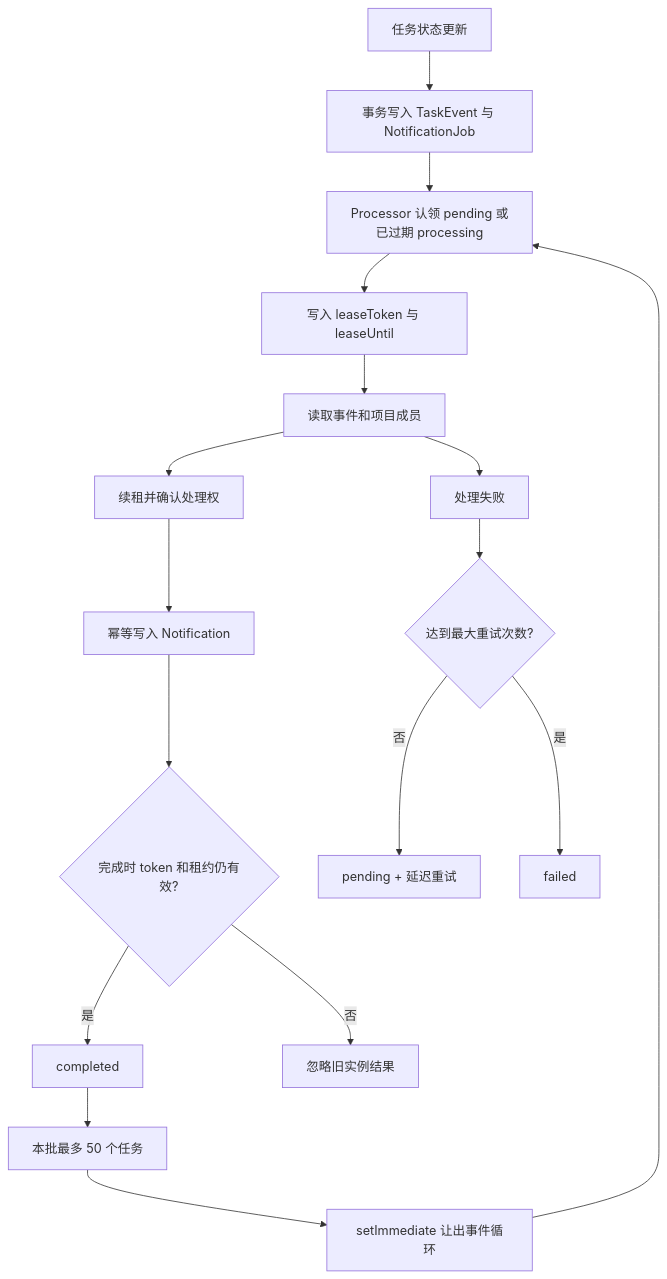
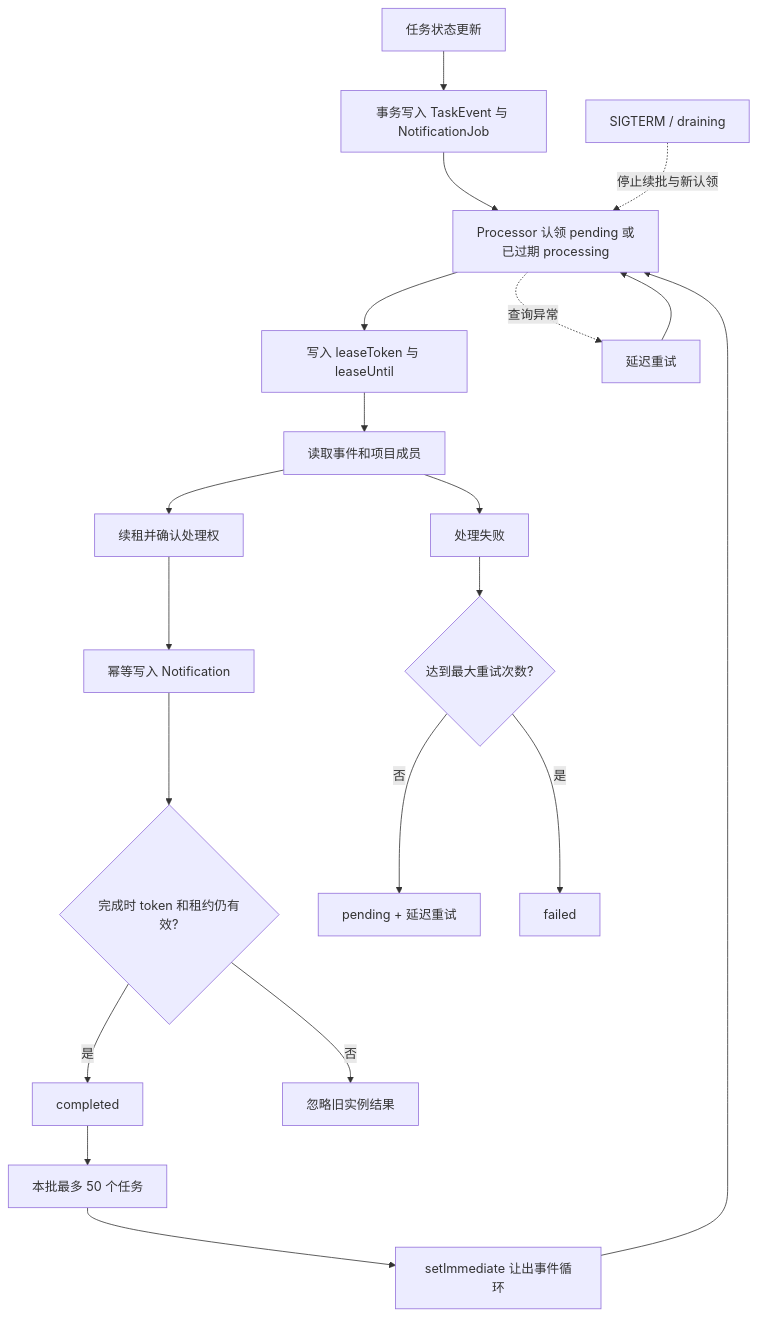
One commit to leidaibo-lab/nest-learning-lab changed the first of 2 diagrams in docs/diagrams/notification-flow.md. Above: the diagram before and after it, drawn with Mermaid. The commit also changed other lines of this file and 27 other files, not shown here.

````diff
--- a/docs/diagrams/notification-flow.md
+++ b/docs/diagrams/notification-flow.md
@@ -5,19 +5,22 @@
 ```mermaid
 flowchart TD
     A[任务状态更新] --> B[事务写入 TaskEvent 与 NotificationJob]
     B --> C[Processor 认领 pending 或已过期 processing]
     C --> D[写入 leaseToken 与 leaseUntil]
     D --> E[读取事件和项目成员]
     E --> F[续租并确认处理权]
     F --> G[幂等写入 Notification]
     G --> H{完成时 token 和租约仍有效?}
     H -->|是| I[completed]
     H -->|否| J[忽略旧实例结果]
     E --> K[处理失败]
     K --> L{达到最大重试次数?}
     L -->|否| M[pending + 延迟重试]
     L -->|是| N[failed]
     I --> O[本批最多 50 个任务]
     O --> P[setImmediate 让出事件循环]
     P --> C
+    S[SIGTERM / draining] -.停止续批与新认领.-> C
+    C -.查询异常.-> R[延迟重试]
+    R --> C
 ```
````
